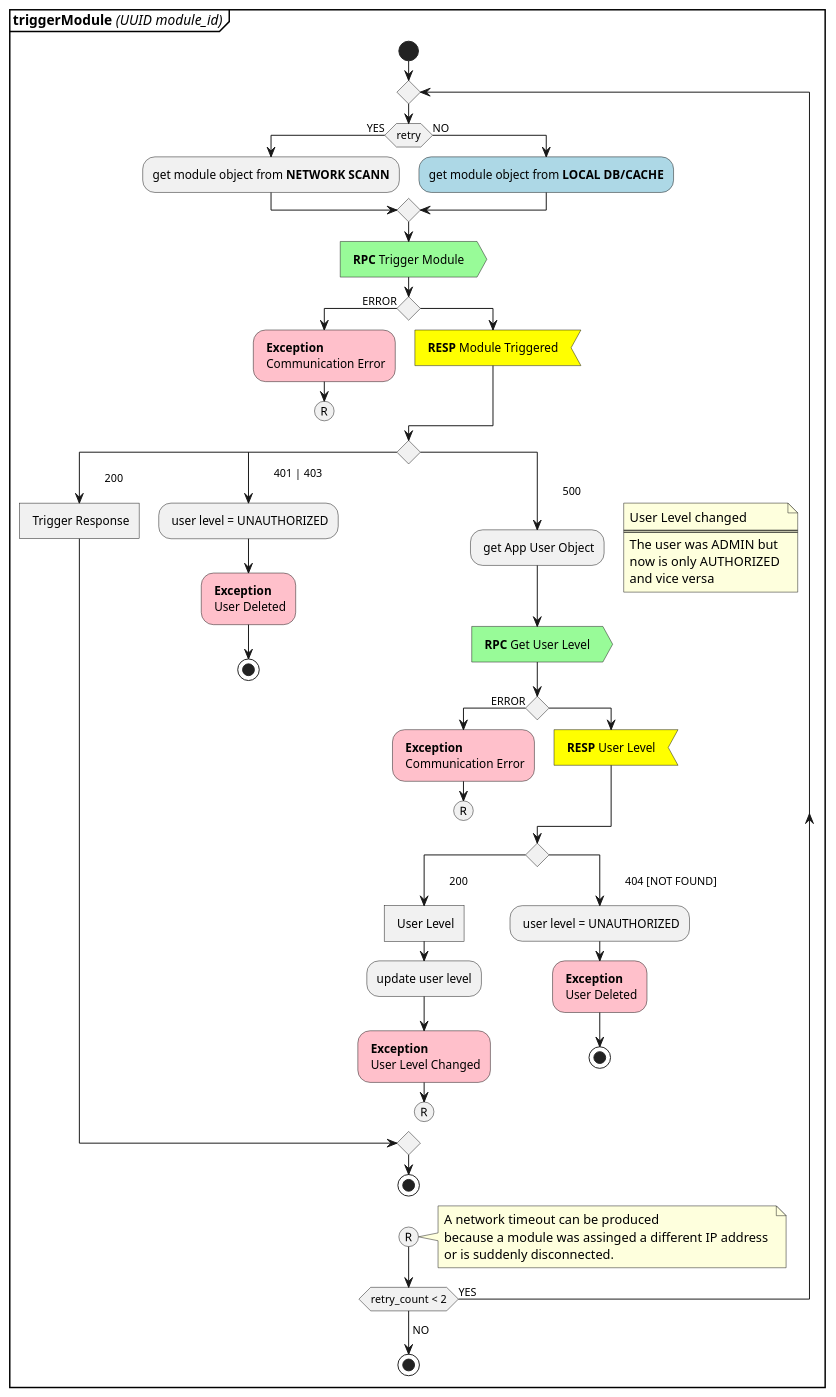
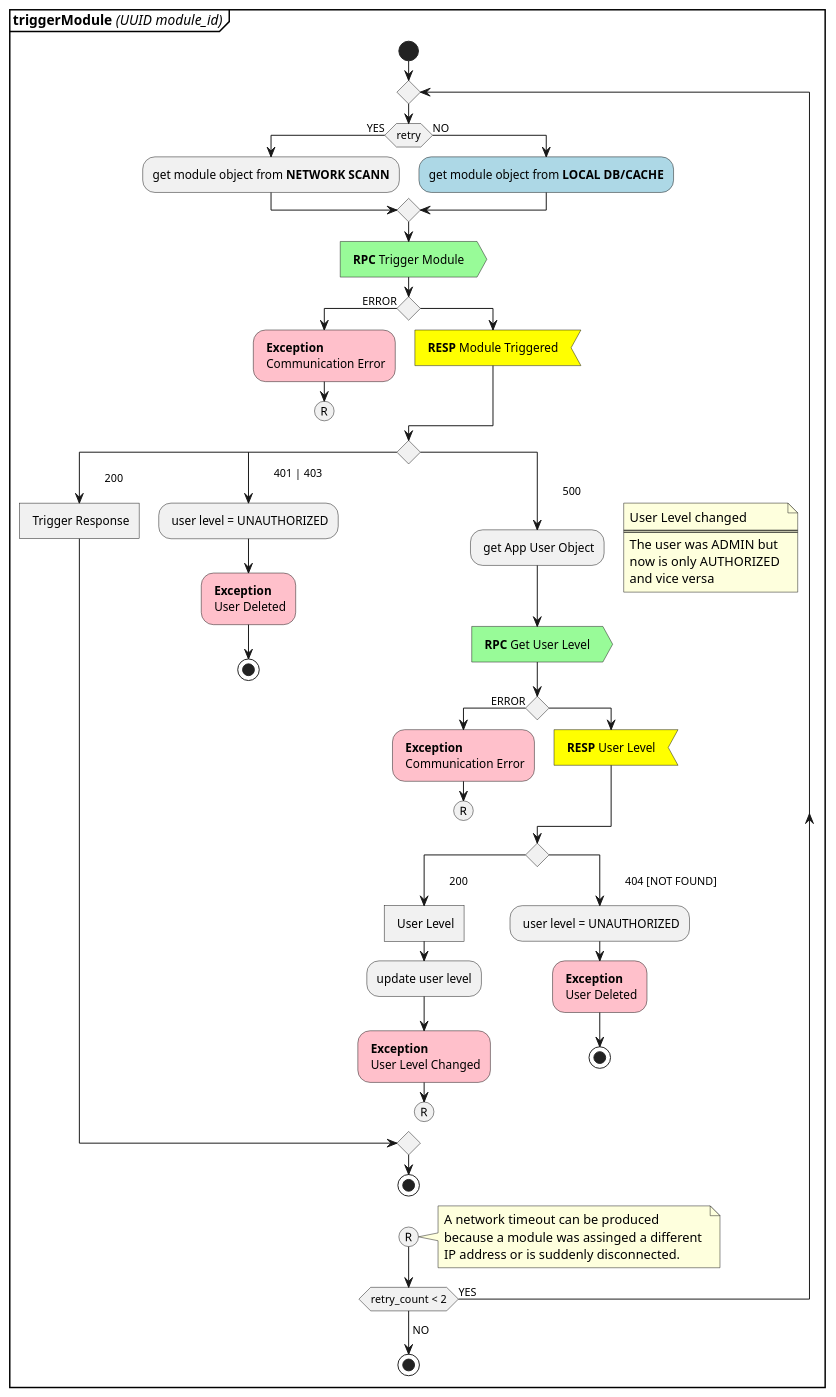
One commit to estebandres/PI_UML_diagrams changed the diagram in activity_diagrams/AD_listado_trigger.plantuml. Above: the diagram before and after it, drawn with PlantUML. The commit also changed 9 other files, not shown here.

Commit message:
finished all activity diagrams

```diff
--- a/activity_diagrams/AD_listado_trigger.plantuml
+++ b/activity_diagrams/AD_listado_trigger.plantuml
@@ -1,72 +1,72 @@
 @startuml AD_trigger
 partition  <b>triggerModule</b> <i>(UUID module_id)</i> {
     start
     repeat
     if(retry) then (YES)
     :get module object from <b>NETWORK SCANN</b>;
     else (NO)
     #lightblue:get module object from <b>LOCAL DB/CACHE</b>;
     endif
     #palegreen: <b>RPC</b> Trigger Module >
     if() then (ERROR)
         #pink : <b>Exception</b> \n Communication Error;
         (R)
         detach
     else
         #yellow: <b>RESP</b> Module Triggered <
         
     endif
     switch()
         case(\t 200)
             : Trigger Response]
         case(\t 401 | 403)
             : user level = UNAUTHORIZED;
             #pink : <b>Exception</b> \n User Deleted;
             stop
         case(\t 500)
             
             : get App User Object;
             floating note right
             User Level changed 
             ========================
             The user was ADMIN but 
             now is only AUTHORIZED 
             and vice versa
             end note
             #palegreen: <b>RPC</b> Get User Level >
             if() then (ERROR)
                 #pink : <b>Exception</b> \n Communication Error;
                 (R)
                 detach
             else
                 #yellow: <b>RESP</b> User Level <
             endif
 
             switch()
                 case(\t 200)
                     : User Level]
                     :update user level;
                     #pink : <b>Exception</b> \n User Level Changed;
                     (R)
                     detach
                 case(\t 404 [NOT FOUND])
                     : user level = UNAUTHORIZED;
                     #pink : <b>Exception</b> \n User Deleted;
                     stop
             endswitch
     endswitch
     stop
 
     (R)
     note right 
         A network timeout can be produced 
-        because a module was assinged a different IP address 
-        or is suddenly disconnected.
+        because a module was assinged a different 
+        IP address or is suddenly disconnected.
     end note
     repeat while(retry_count < 2) is (YES)
     -> NO;
     stop
 
 
 }
 @enduml
```
